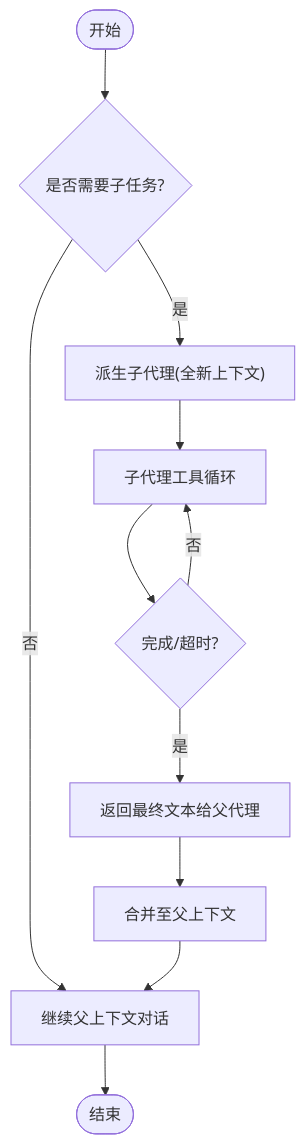
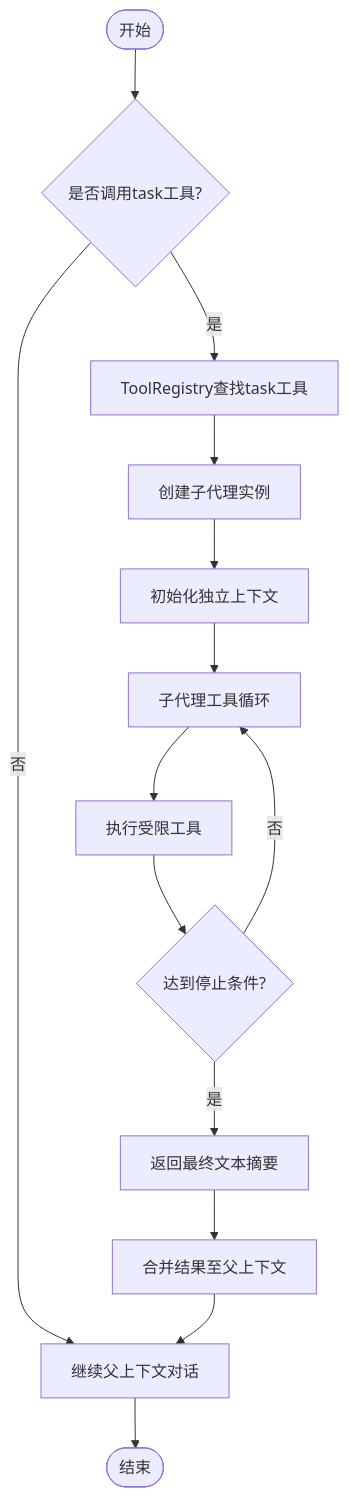
Before and after one commit to eurekaYYzero/Mini-Claude-Code: the fourth of 6 diagrams in .qoder/repowiki/zh/content/核心功能详解/上下文隔离架构.md, drawn with Mermaid. The commit also changed other lines of this file and 27 other files, not shown here.

````diff
--- a/.qoder/repowiki/zh/content/核心功能详解/上下文隔离架构.md
+++ b/.qoder/repowiki/zh/content/核心功能详解/上下文隔离架构.md
@@ -167,13 +176,16 @@
 ```mermaid
 flowchart TD
-Start(["开始"]) --> CheckTask{"是否需要子任务?"}
-CheckTask --> |是| Spawn["派生子代理(全新上下文)"]
-CheckTask --> |否| Continue["继续父上下文对话"]
-Spawn --> SubLoop["子代理工具循环"]
-SubLoop --> Done{"完成/超时?"}
-Done --> |是| Return["返回最终文本给父代理"]
-Done --> |否| SubLoop
-Return --> Merge["合并至父上下文"]
-Merge --> Continue
+Start(["开始"]) --> CheckTool{"是否调用task工具?"}
+CheckTool --> |是| FindTool["ToolRegistry查找task工具"]
+CheckTool --> |否| Continue["继续父上下文对话"]
+FindTool --> CreateSubagent["创建子代理实例"]
+CreateSubagent --> InitContext["初始化独立上下文"]
+InitContext --> SubLoop["子代理工具循环"]
+SubLoop --> ExecuteTools["执行受限工具"]
+ExecuteTools --> CheckStop{"达到停止条件?"}
+CheckStop --> |否| SubLoop
+CheckStop --> |是| ReturnResult["返回最终文本摘要"]
+ReturnResult --> MergeContext["合并结果至父上下文"]
+MergeContext --> Continue
 Continue --> End(["结束"])
 ```
````
